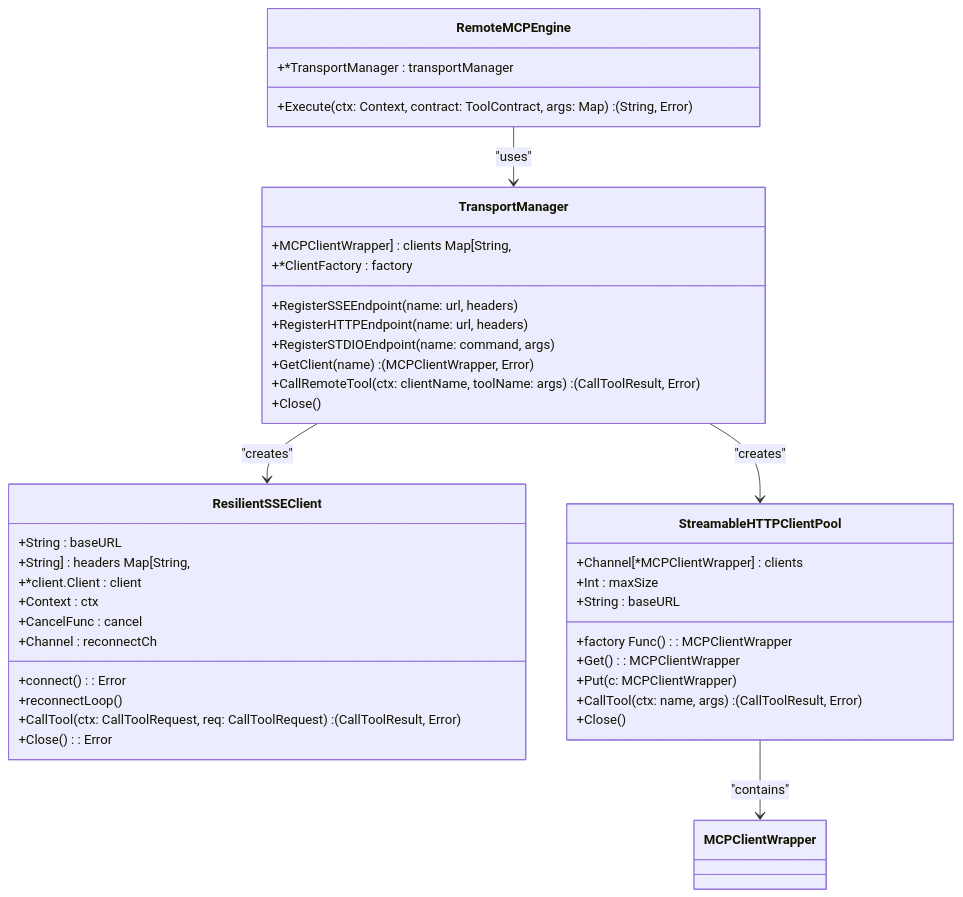
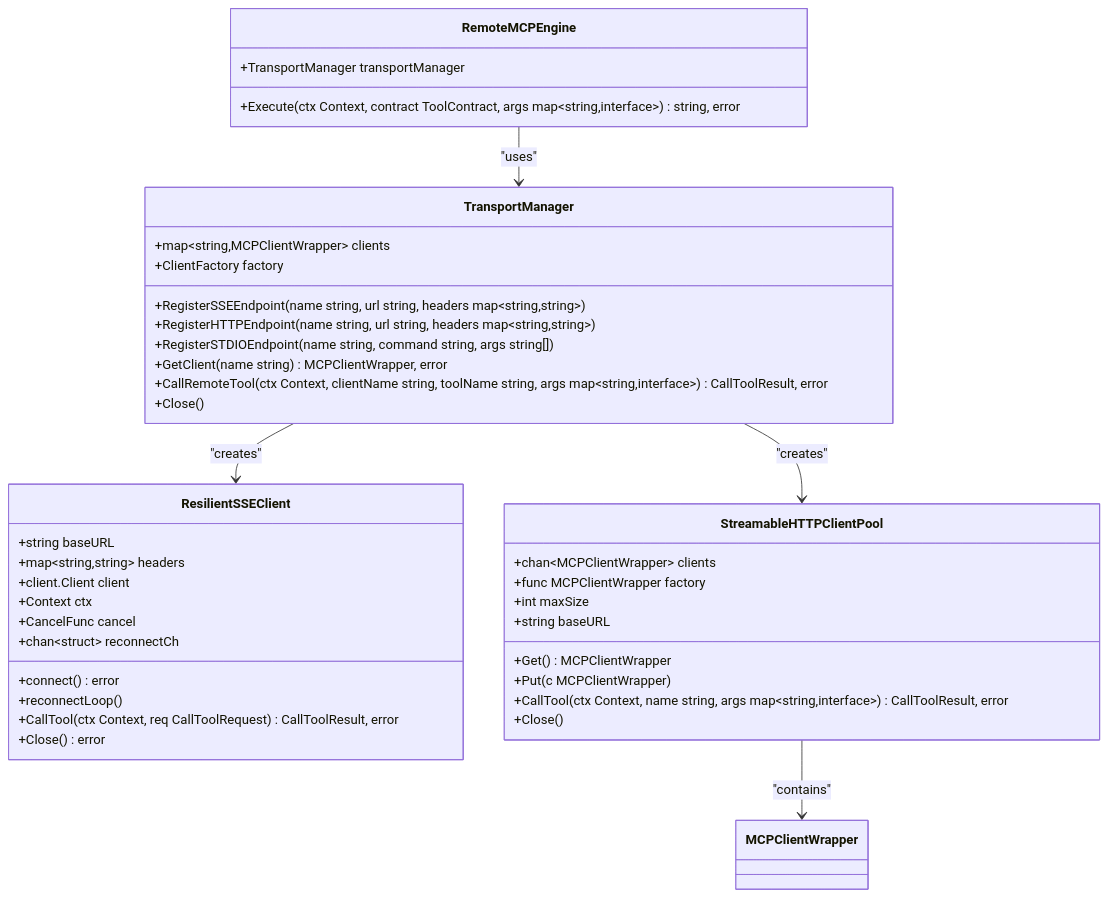
One commit to prxs-ai/praxis-go-sdk changed the third of 8 diagrams in docs/Architecture Overview/Model Context Protocol (MCP) Integration/Remote MCP Engine Integration.md. Above: the diagram before and after it, drawn with Mermaid. The commit also changed 33 other files, not shown here.

````diff
--- a/docs/Architecture Overview/Model Context Protocol (MCP) Integration/Remote MCP Engine Integration.md
+++ b/docs/Architecture Overview/Model Context Protocol (MCP) Integration/Remote MCP Engine Integration.md
@@ -118,43 +118,43 @@
 ```mermaid
 classDiagram
 class RemoteMCPEngine {
-+*TransportManager : transportManager
-+Execute(ctx: Context, contract: ToolContract, args: Map) : (String, Error)
++TransportManager transportManager
++Execute(ctx Context, contract ToolContract, args map~string,interface~) string, error
 }
 class TransportManager {
-+MCPClientWrapper] : clients Map[String,
-+*ClientFactory : factory
-+RegisterSSEEndpoint(name: url, headers)
-+RegisterHTTPEndpoint(name: url, headers)
-+RegisterSTDIOEndpoint(name: command, args)
-+GetClient(name) : (MCPClientWrapper, Error)
-+CallRemoteTool(ctx: clientName, toolName: args) : (CallToolResult, Error)
++map~string,MCPClientWrapper~ clients
++ClientFactory factory
++RegisterSSEEndpoint(name string, url string, headers map~string,string~)
++RegisterHTTPEndpoint(name string, url string, headers map~string,string~)
++RegisterSTDIOEndpoint(name string, command string, args string[])
++GetClient(name string) MCPClientWrapper, error
++CallRemoteTool(ctx Context, clientName string, toolName string, args map~string,interface~) CallToolResult, error
 +Close()
 }
 class ResilientSSEClient {
-+String : baseURL
-+String] : headers Map[String,
-+*client.Client : client
-+Context : ctx
-+CancelFunc : cancel
-+Channel : reconnectCh
-+connect() : Error
++string baseURL
++map~string,string~ headers
++client.Client client
++Context ctx
++CancelFunc cancel
++chan~struct~ reconnectCh
++connect() error
 +reconnectLoop()
-+CallTool(ctx: CallToolRequest, req: CallToolRequest) : (CallToolResult, Error)
-+Close() : Error
++CallTool(ctx Context, req CallToolRequest) CallToolResult, error
++Close() error
 }
 class StreamableHTTPClientPool {
-+Channel[*MCPClientWrapper] : clients
-+factory Func() : MCPClientWrapper
-+Int : maxSize
-+String : baseURL
-+Get() : MCPClientWrapper
-+Put(c: MCPClientWrapper)
-+CallTool(ctx: name, args) : (CallToolResult, Error)
++chan~MCPClientWrapper~ clients
++func MCPClientWrapper factory
++int maxSize
++string baseURL
++Get() MCPClientWrapper
++Put(c MCPClientWrapper)
++CallTool(ctx Context, name string, args map~string,interface~) CallToolResult, error
 +Close()
 }
 RemoteMCPEngine --> TransportManager : "uses"
 TransportManager --> ResilientSSEClient : "creates"
 TransportManager --> StreamableHTTPClientPool : "creates"
 StreamableHTTPClientPool --> MCPClientWrapper : "contains"
 ```
````
